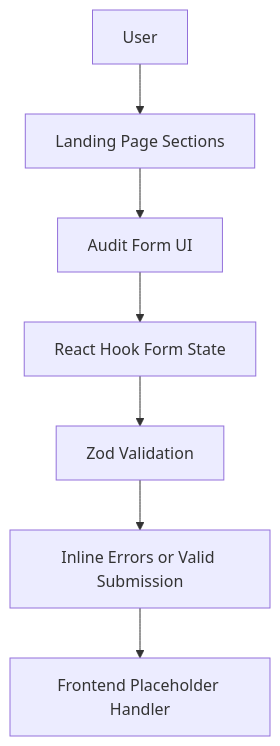
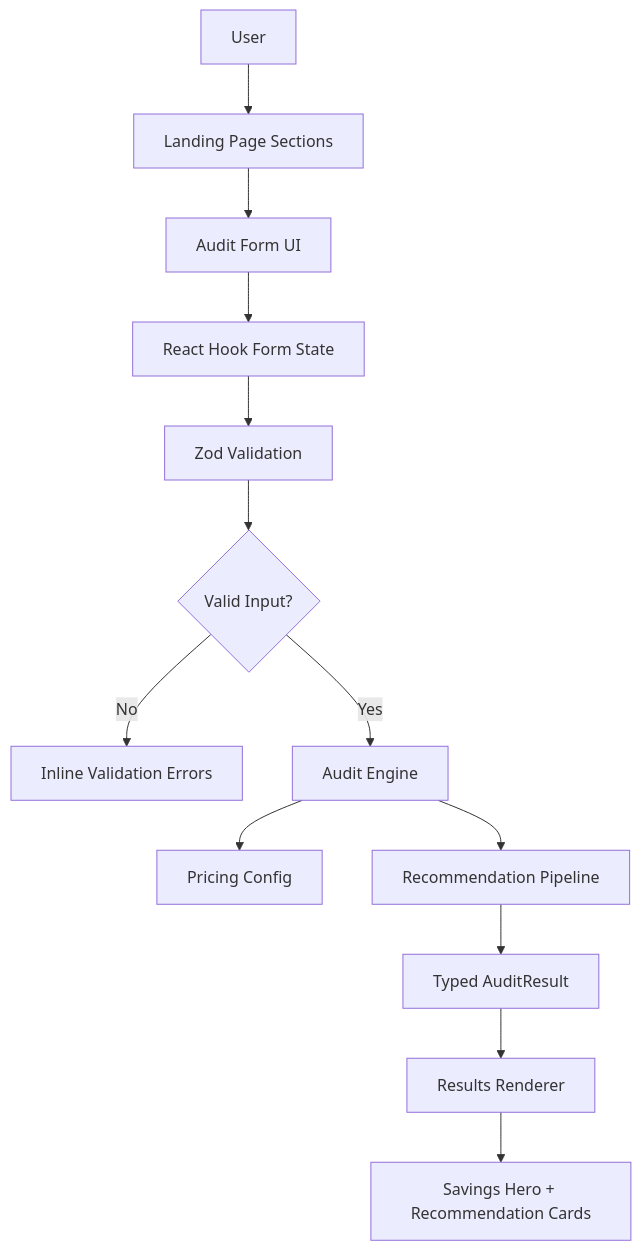
One commit to BudatiGayathri30/credex-ai-spend-audit changed the diagram in ARCHITECTURE.md. Above: the diagram before and after it, drawn with Mermaid. The commit also changed other lines of this file and 3 other files, not shown here.

Commit message:
docs: update project documentation for audit engine implementation

````diff
--- a/ARCHITECTURE.md
+++ b/ARCHITECTURE.md
@@ -35,9 +69,15 @@
 ```mermaid
 flowchart TD
   A[User] --> B[Landing Page Sections]
   B --> C[Audit Form UI]
   C --> D[React Hook Form State]
   D --> E[Zod Validation]
-  E --> F[Inline Errors or Valid Submission]
-  F --> G[Frontend Placeholder Handler]
+  E --> F{Valid Input?}
+  F -->|No| G[Inline Validation Errors]
+  F -->|Yes| H[Audit Engine]
+  H --> I[Pricing Config]
+  H --> J[Recommendation Pipeline]
+  J --> K[Typed AuditResult]
+  K --> L[Results Renderer]
+  L --> M[Savings Hero + Recommendation Cards]
 ```
````
